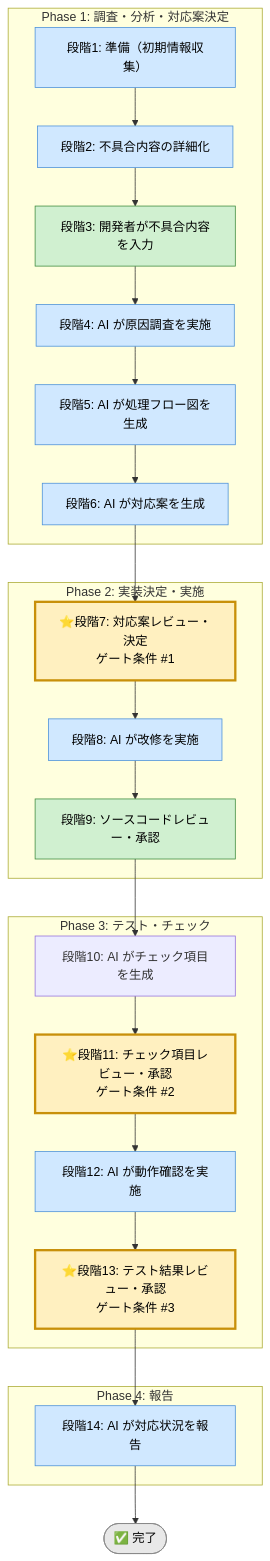
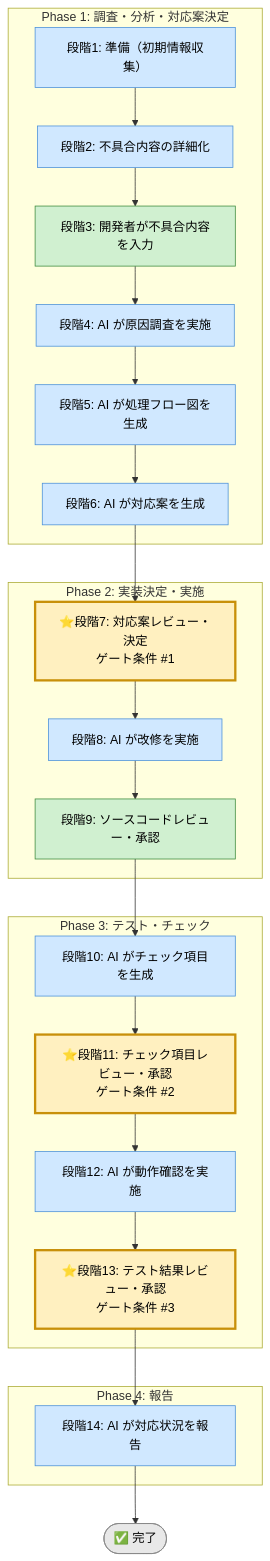
One commit to duwenji/dev-process-skill-library changed the diagram in skills/030_verification-and-quality/010_defect-repair-unified/SKILL.md. Above: the diagram before and after it, drawn with Mermaid. The commit also changed 30 other files, not shown here.

````diff
--- a/skills/030_verification-and-quality/010_defect-repair-unified/SKILL.md
+++ b/skills/030_verification-and-quality/010_defect-repair-unified/SKILL.md
@@ -37,48 +37,48 @@
 ```mermaid
 flowchart TD
     classDef ai fill:#d0e8ff,stroke:#4a90d9,color:#000
     classDef dev fill:#d0f0d0,stroke:#3d8b3d,color:#000
     classDef gate fill:#fff0c0,stroke:#c8900a,color:#000,stroke-width:3px
     classDef endNode fill:#e8e8e8,stroke:#888,color:#000
 
     subgraph Ph1["Phase 1: 調査・分析・対応案決定"]
         S1["段階1: 準備（初期情報収集）"]
         S2["段階2: 不具合内容の詳細化"]
         S3["段階3: 開発者が不具合内容を入力"]
         S4["段階4: AI が原因調査を実施"]
         S5["段階5: AI が処理フロー図を生成"]
         S6["段階6: AI が対応案を生成"]
         S1 --> S2 --> S3 --> S4 --> S5 --> S6
     end
 
     subgraph Ph2["Phase 2: 実装決定・実施"]
         G1["⭐️段階7: 対応案レビュー・決定<br/>ゲート条件 #1"]
         S8["段階8: AI が改修を実施"]
         S9["段階9: ソースコードレビュー・承認"]
         G1 --> S8 --> S9
     end
 
     subgraph Ph3["Phase 3: テスト・チェック"]
         S10["段階10: AI がチェック項目を生成"]
         G2["⭐️段階11: チェック項目レビュー・承認<br/>ゲート条件 #2"]
         S12["段階12: AI が動作確認を実施"]
         G3["⭐️段階13: テスト結果レビュー・承認<br/>ゲート条件 #3"]
         S10 --> G2 --> S12 --> G3
     end
 
     subgraph Ph4["Phase 4: 報告"]
         S14["段階14: AI が対応状況を報告"]
     end
 
     END(["✅ 完了"])
 
     S6 --> G1
     S9 --> S10
     G3 --> S14
     S14 --> END
 
-    class S1,S2,S4,S5,S6,S8,S12,S14 ai
+    class S1,S2,S4,S5,S6,S8,S10,S12,S14 ai
     class S3,S9 dev
     class G1,G2,G3 gate
     class END endNode
 ```
````
